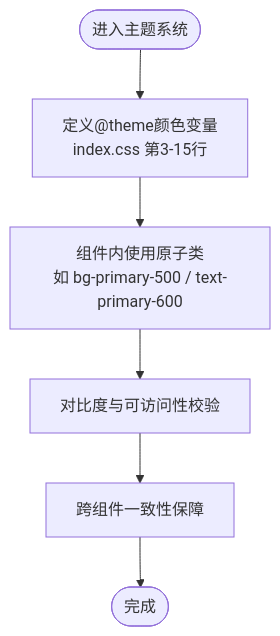
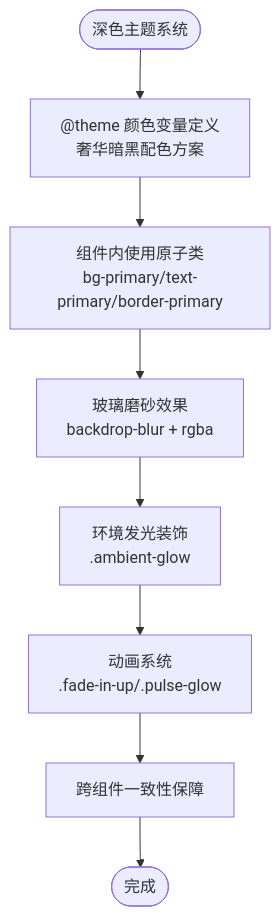
Before and after one commit to xianjianshenqu/SalesFlow-CRM: the third of 4 diagrams in .qoder/repowiki/zh/content/UI_UX设计/UI_UX设计.md, drawn with Mermaid. The commit also changed other lines of this file and 9 other files, not shown here.

````diff
--- a/.qoder/repowiki/zh/content/UI_UX设计/UI_UX设计.md
+++ b/.qoder/repowiki/zh/content/UI_UX设计/UI_UX设计.md
@@ -170,8 +189,10 @@
 ```mermaid
 flowchart TD
-Start(["进入主题系统"]) --> Define["定义@theme颜色变量<br/>index.css 第3-15行"]
-Define --> Apply["组件内使用原子类<br/>如 bg-primary-500 / text-primary-600"]
-Apply --> Contrast["对比度与可访问性校验"]
-Contrast --> Consistency["跨组件一致性保障"]
+Start(["深色主题系统"]) --> Define["@theme 颜色变量定义<br/>奢华暗黑配色方案"]
+Define --> Apply["组件内使用原子类<br/>bg-primary/text-primary/border-primary"]
+Apply --> Glass["玻璃磨砂效果<br/>backdrop-blur + rgba"]
+Glass --> Ambient["环境发光装饰<br/>.ambient-glow"]
+Ambient --> Animations["动画系统<br/>.fade-in-up/.pulse-glow"]
+Animations --> Consistency["跨组件一致性保障"]
 Consistency --> End(["完成"])
 ```
````
